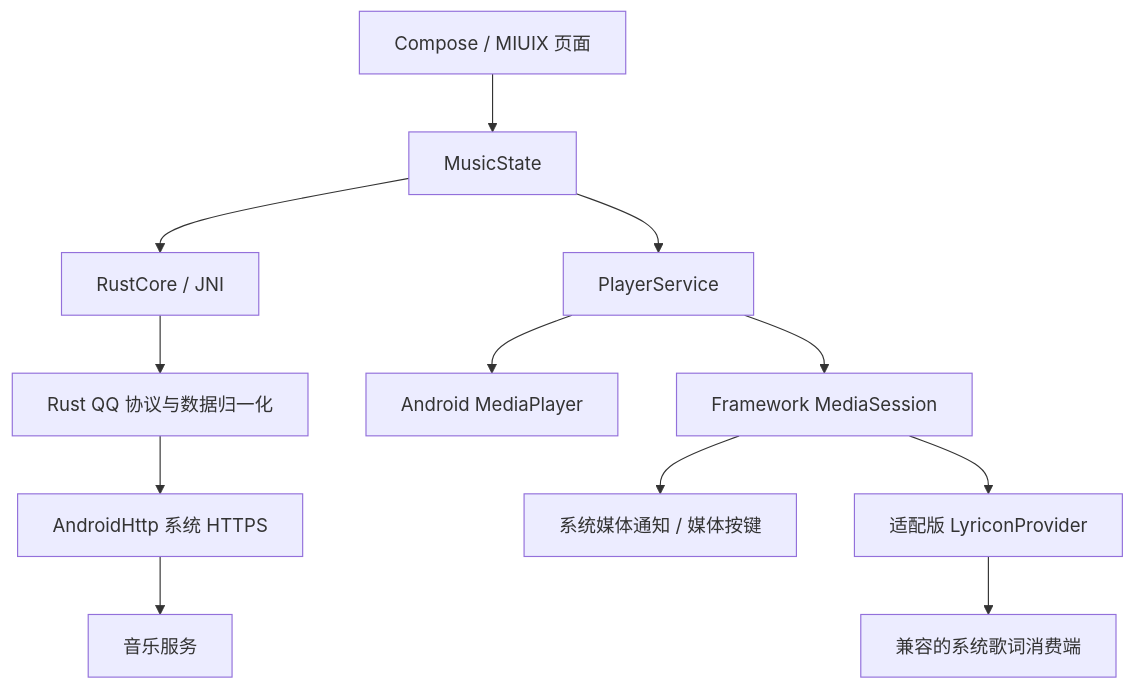
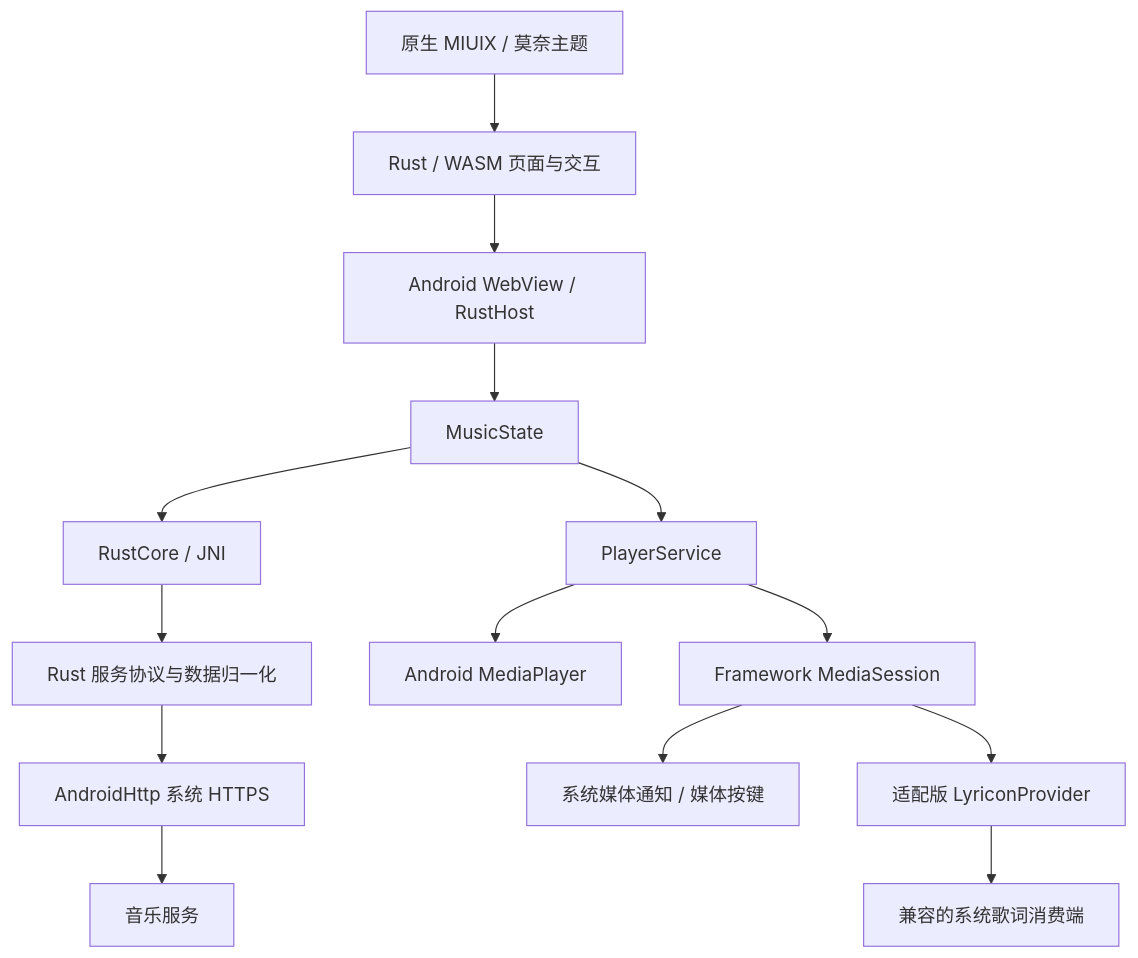
One commit to Memories-white/Auralis changed the diagram in docs/ARCHITECTURE.md. Above: the diagram before and after it, drawn with Mermaid. The commit also changed other lines of this file and 52 other files, not shown here.

Commit message:
feat(ui): rebuild Auralis interface with Rust and WebAssembly

````diff
--- a/docs/ARCHITECTURE.md
+++ b/docs/ARCHITECTURE.md
@@ -7,14 +7,16 @@
 ```mermaid
 flowchart TD
-    UI[Compose / MIUIX 页面] --> State[MusicState]
+    UI[Rust / WASM 页面与交互] --> Host[Android WebView / RustHost]
+    Theme[原生 MIUIX / 莫奈主题] --> UI
+    Host --> State[MusicState]
     State --> JNI[RustCore / JNI]
-    JNI --> Core[Rust QQ 协议与数据归一化]
+    JNI --> Core[Rust 服务协议与数据归一化]
     Core --> HTTP[AndroidHttp 系统 HTTPS]
-    HTTP --> QQ[音乐服务]
+    HTTP --> ServiceAPI[音乐服务]
     State --> Service[PlayerService]
     Service --> Player[Android MediaPlayer]
     Service --> Session[Framework MediaSession]
     Session --> System[系统媒体通知 / 媒体按键]
     Session --> Provider[适配版 LyriconProvider]
     Provider --> Consumer[兼容的系统歌词消费端]
 ```
````
